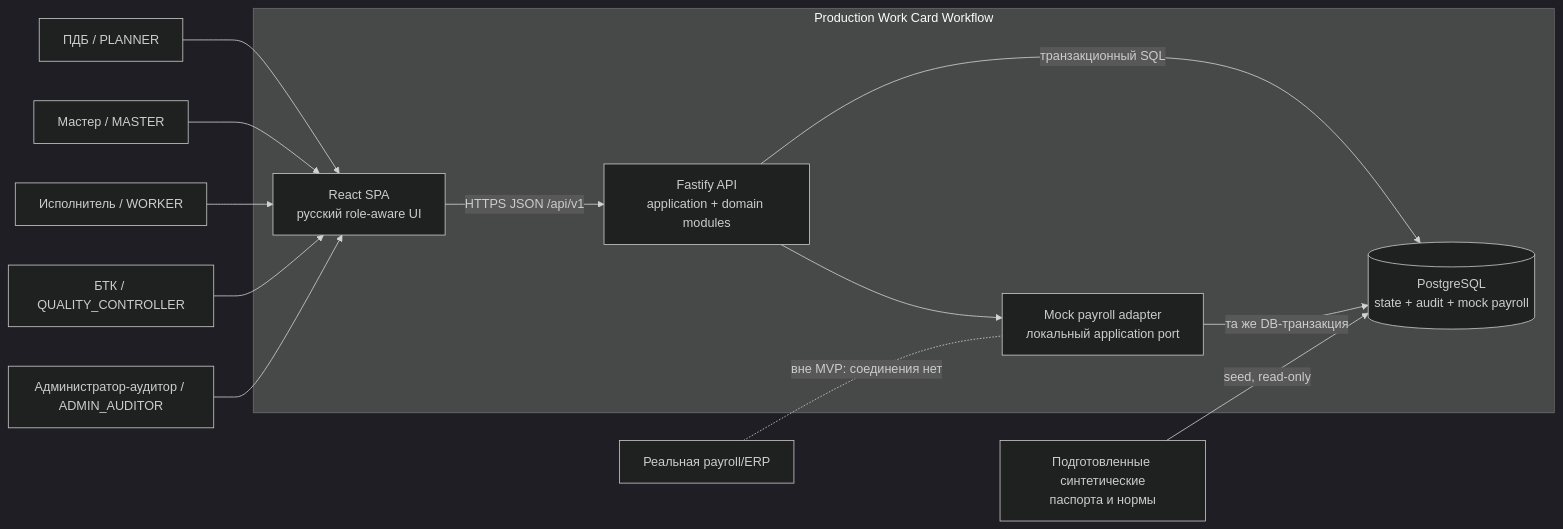
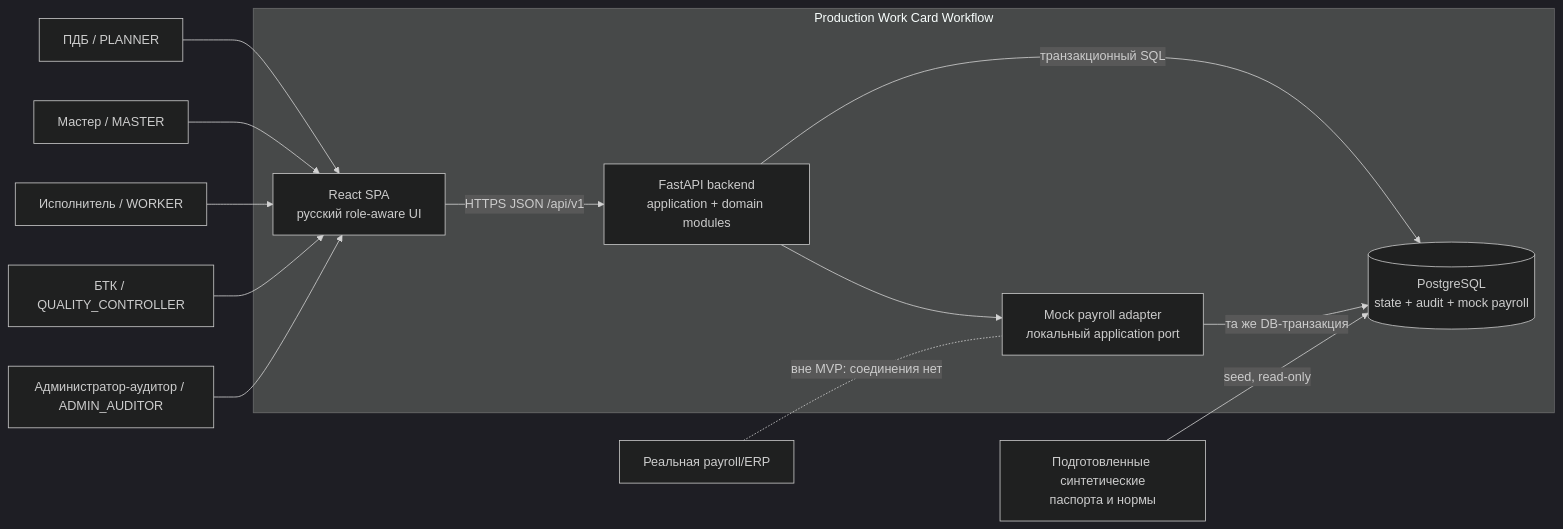
Before and after one commit to AI-shoks/WorkCard-Lifecycle: the first of 2 diagrams in WorkCard-Lifecycle/docs/architecture/system-context.md, drawn with Mermaid (dark theme). The commit also changed other lines of this file and 58 other files, not shown here.

````diff
--- a/WorkCard-Lifecycle/docs/architecture/system-context.md
+++ b/WorkCard-Lifecycle/docs/architecture/system-context.md
@@ -15,29 +15,29 @@
 ```mermaid
 flowchart LR
     planner["ПДБ / PLANNER"]
     master["Мастер / MASTER"]
     worker["Исполнитель / WORKER"]
     quality["БТК / QUALITY_CONTROLLER"]
     auditor["Администратор-аудитор / ADMIN_AUDITOR"]
 
     subgraph system["Production Work Card Workflow"]
         spa["React SPA\nрусский role-aware UI"]
-        api["Fastify API\napplication + domain modules"]
+        api["FastAPI backend\napplication + domain modules"]
         db[("PostgreSQL\nstate + audit + mock payroll")]
         mock["Mock payroll adapter\nлокальный application port"]
 
         spa -->|"HTTPS JSON /api/v1"| api
         api -->|"транзакционный SQL"| db
         api --> mock
         mock -->|"та же DB-транзакция"| db
     end
 
     planner --> spa
     master --> spa
     worker --> spa
     quality --> spa
     auditor --> spa
 
     passport["Подготовленные синтетические\nпаспорта и нормы"] -->|"seed, read-only"| db
     realPayroll["Реальная payroll/ERP"] -. "вне MVP: соединения нет" .- mock
 ```
````
